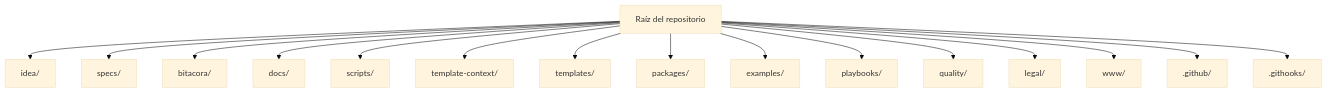
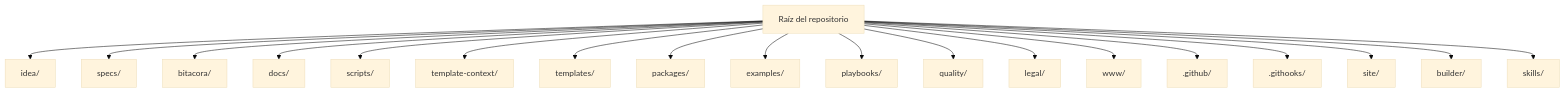
The second of 2 diagrams in docs/es/42-mapa-organizacion-proyecto.md (juanklagos/spec-driven-development-template), drawn with Mermaid (base theme) before and after one commit. The commit also changed other lines of this file and 28 other files, not shown here.

````diff
--- a/docs/es/42-mapa-organizacion-proyecto.md
+++ b/docs/es/42-mapa-organizacion-proyecto.md
@@ -43,18 +43,21 @@
 ```mermaid
 flowchart TD
   A["Raíz del repositorio"] --> B["idea/"]
   A --> C["specs/"]
   A --> D["bitacora/"]
   A --> E["docs/"]
   A --> F["scripts/"]
   A --> G["template-context/"]
   A --> H["templates/"]
   A --> I["packages/"]
   A --> J["examples/"]
   A --> K["playbooks/"]
   A --> L["quality/"]
   A --> M["legal/"]
   A --> N["www/"]
   A --> O[".github/"]
   A --> P[".githooks/"]
+  A --> Q["site/"]
+  A --> R["builder/"]
+  A --> S["skills/"]
 ```
````
